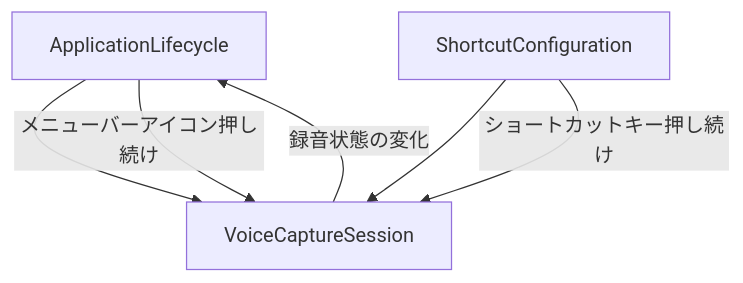
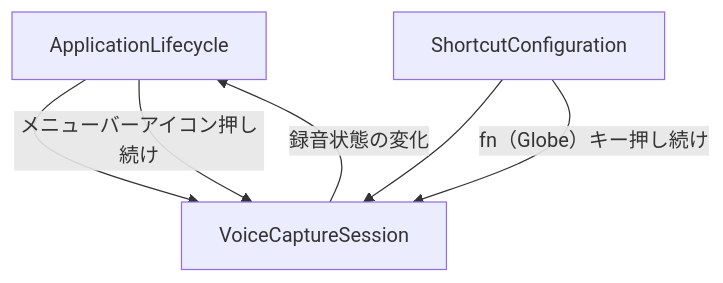
The diagram in aidlc-docs/construction/unit_1_voice_capture_and_control/docs/component_interactions.md (agukk/whisper), drawn with Mermaid before and after one commit. The commit also changed other lines of this file and 3 other files, not shown here.

````diff
--- a/aidlc-docs/construction/unit_1_voice_capture_and_control/docs/component_interactions.md
+++ b/aidlc-docs/construction/unit_1_voice_capture_and_control/docs/component_interactions.md
@@ -11,8 +11,8 @@
 ```mermaid
 flowchart TD
     AL[ApplicationLifecycle] --> VCS[VoiceCaptureSession]
     SC[ShortcutConfiguration] --> VCS
     AL -- "メニューバーアイコン押し続け" --> VCS
-    SC -- "ショートカットキー押し続け" --> VCS
+    SC -- "fn（Globe）キー押し続け" --> VCS
     VCS -- "録音状態の変化" --> AL
 ```
````
